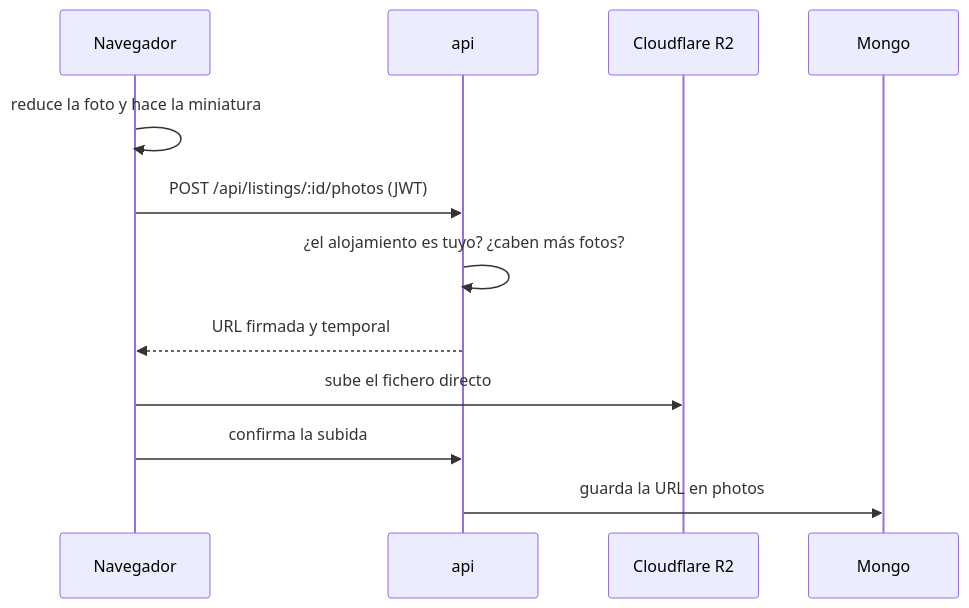
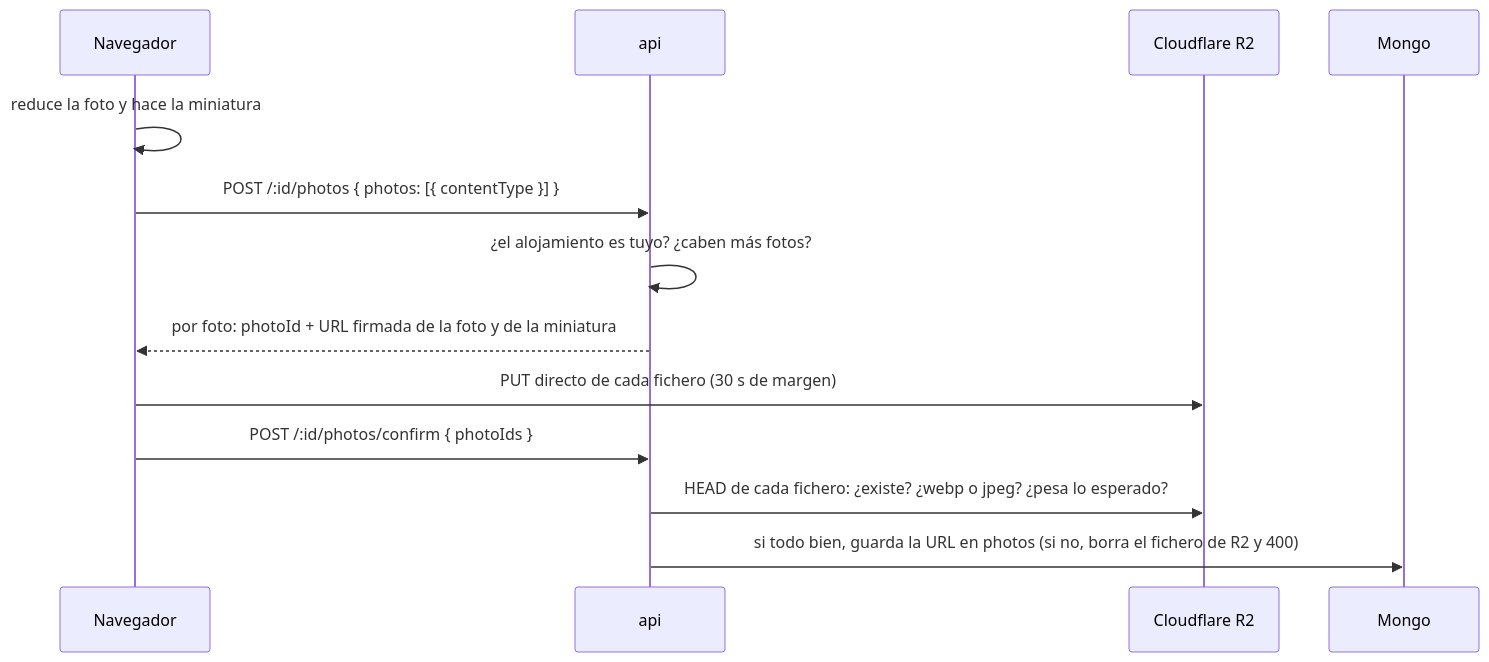
Before and after one commit to marlonbdez/micasaestuya-docs: the diagram in Listing.md, drawn with Mermaid. The commit also changed other lines of this file and 2 other files, not shown here.

First line of the commit message:
docs: 10 fotos y 1600 px (no 7 y 1280), y Listing.md al día con api #24

````diff
--- a/Listing.md
+++ b/Listing.md
@@ -79,14 +81,15 @@
 ```mermaid
 sequenceDiagram
   participant N as Navegador
   participant A as api
   participant R as Cloudflare R2
   participant M as Mongo
   N->>N: reduce la foto y hace la miniatura
-  N->>A: POST /api/listings/:id/photos (JWT)
+  N->>A: POST /:id/photos { photos: [{ contentType }] }
   A->>A: ¿el alojamiento es tuyo? ¿caben más fotos?
-  A-->>N: URL firmada y temporal
-  N->>R: sube el fichero directo
-  N->>A: confirma la subida
-  A->>M: guarda la URL en photos
+  A-->>N: por foto: photoId + URL firmada de la foto y de la miniatura
+  N->>R: PUT directo de cada fichero (30 s de margen)
+  N->>A: POST /:id/photos/confirm { photoIds }
+  A->>R: HEAD de cada fichero: ¿existe? ¿webp o jpeg? ¿pesa lo esperado?
+  A->>M: si todo bien, guarda la URL en photos (si no, borra el fichero de R2 y 400)
 ```
````
